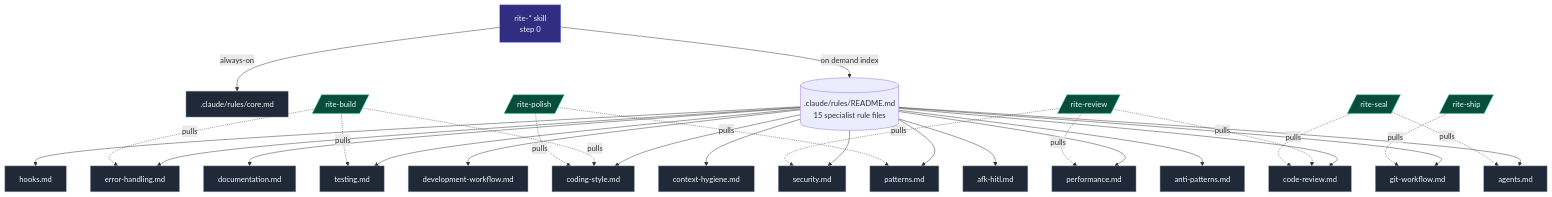
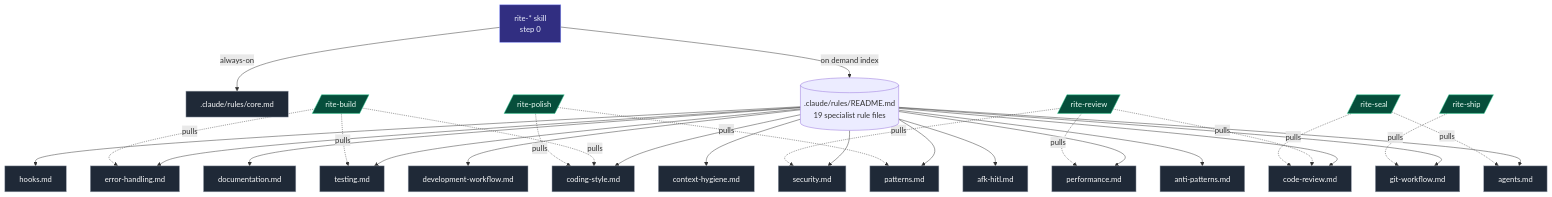
Before and after one commit to ViktorsBaikers/DevRites: the sixth of 9 diagrams in docs/flow.md, drawn with Mermaid. The commit also changed 13 other files, not shown here.

````diff
--- a/docs/flow.md
+++ b/docs/flow.md
@@ -177,39 +177,39 @@
 ```mermaid
 flowchart TD
     R[rite-* skill<br/>step 0] -->|always-on| Core[.claude/rules/core.md]
-    R -->|on demand index| Idx[(.claude/rules/README.md<br/>15 specialist rule files)]
+    R -->|on demand index| Idx[(.claude/rules/README.md<br/>19 specialist rule files)]
     Idx --> CS[coding-style.md]
     Idx --> EH[error-handling.md]
     Idx --> T[testing.md]
     Idx --> CR[code-review.md]
     Idx --> S[security.md]
     Idx --> P[performance.md]
     Idx --> Pat[patterns.md]
     Idx --> Gw[git-workflow.md]
     Idx --> Hk[hooks.md]
     Idx --> Doc[documentation.md]
     Idx --> DWf[development-workflow.md]
     Idx --> Ag[agents.md]
     Idx --> CH[context-hygiene.md]
     Idx --> Afk[afk-hitl.md]
     Idx --> AP[anti-patterns.md]
 
     Build[/rite-build/] -.->|pulls| CS
     Build -.->|pulls| EH
     Build -.->|pulls| T
     Polish[/rite-polish/] -.->|pulls| CS
     Polish -.->|pulls| Pat
     Review[/rite-review/] -.->|pulls| CR
     Review -.->|pulls| S
     Review -.->|pulls| P
     Seal[/rite-seal/] -.->|pulls| Ag
     Seal -.->|pulls| CR
     Ship[/rite-ship/] -.->|pulls| Gw
 
     classDef carrier fill:#312e81,stroke:#818cf8,color:#eef2ff
     classDef rule fill:#1f2937,stroke:#9ca3af,color:#f9fafb
     classDef phase fill:#064e3b,stroke:#34d399,color:#ecfdf5
     class R carrier
     class Core,CS,EH,T,CR,S,P,Pat,Gw,Hk,Doc,DWf,Ag,CH,Afk,AP rule
     class Build,Polish,Review,Seal,Ship phase
 ```
````
